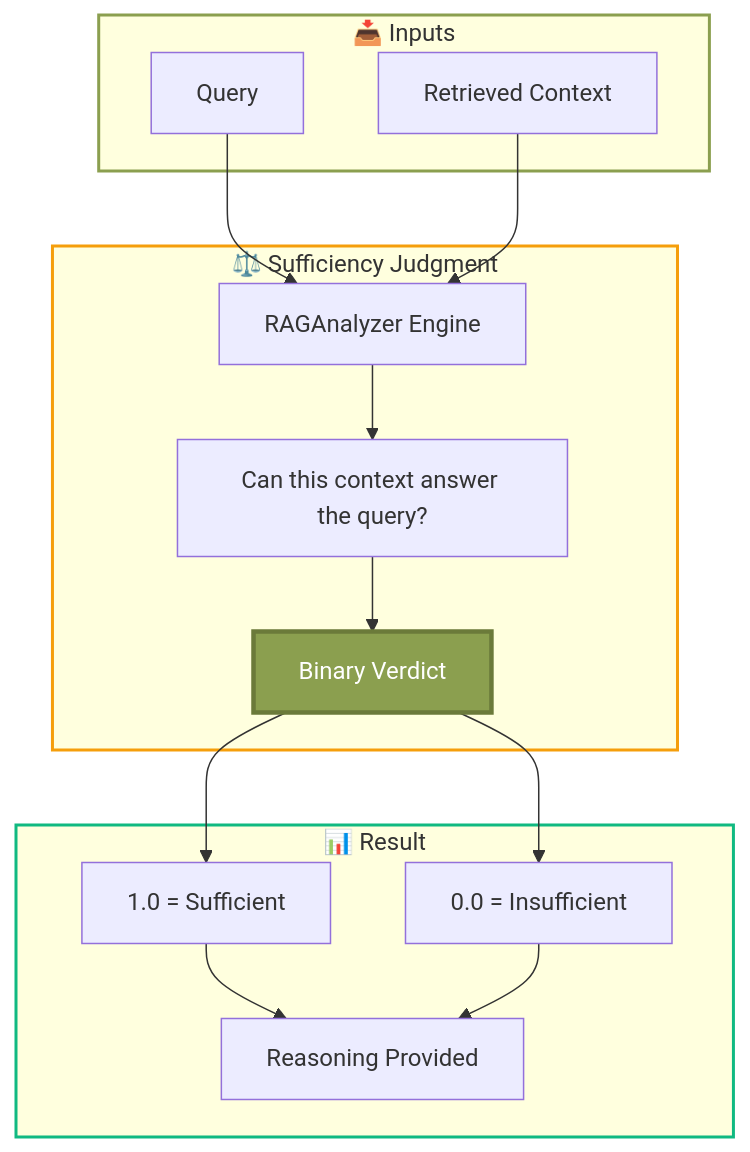
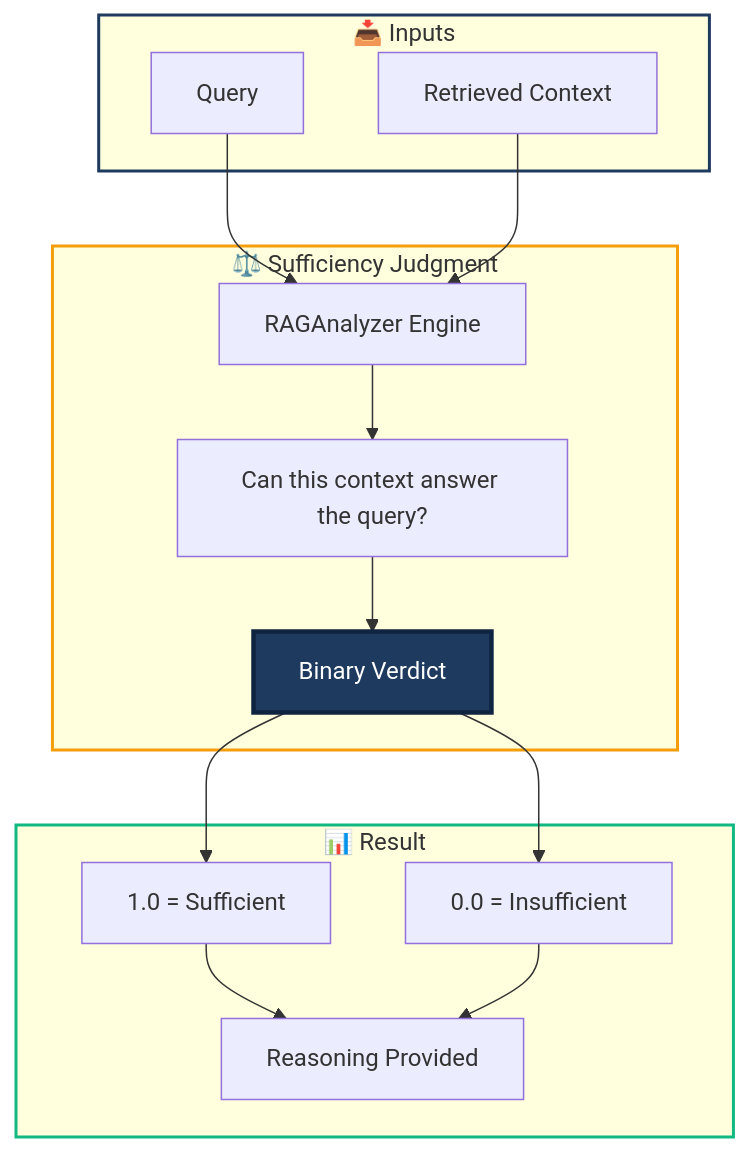
Before and after one commit to ax-foundry/axion: the diagram in docs/metric-registry/composite/contextual_sufficiency.md, drawn with Mermaid. The commit also changed other lines of this file and 54 other files, not shown here.

````diff
--- a/docs/metric-registry/composite/contextual_sufficiency.md
+++ b/docs/metric-registry/composite/contextual_sufficiency.md
@@ -90,30 +90,30 @@
     ```mermaid
     flowchart TD
         subgraph INPUT["📥 Inputs"]
             A[Query]
             B[Retrieved Context]
         end
 
         subgraph JUDGE["⚖️ Sufficiency Judgment"]
             C[RAGAnalyzer Engine]
             D["Can this context answer the query?"]
             E["Binary Verdict"]
         end
 
         subgraph OUTPUT["📊 Result"]
             F["1.0 = Sufficient"]
             G["0.0 = Insufficient"]
             H["Reasoning Provided"]
         end
 
         A & B --> C
         C --> D
         D --> E
         E --> F & G
         F & G --> H
 
-        style INPUT stroke:#8B9F4F,stroke-width:2px
+        style INPUT stroke:#1E3A5F,stroke-width:2px
         style JUDGE stroke:#f59e0b,stroke-width:2px
         style OUTPUT stroke:#10b981,stroke-width:2px
-        style E fill:#8B9F4F,stroke:#6B7A3A,stroke-width:3px,color:#fff
+        style E fill:#1E3A5F,stroke:#0F2440,stroke-width:3px,color:#fff
     ```
````
